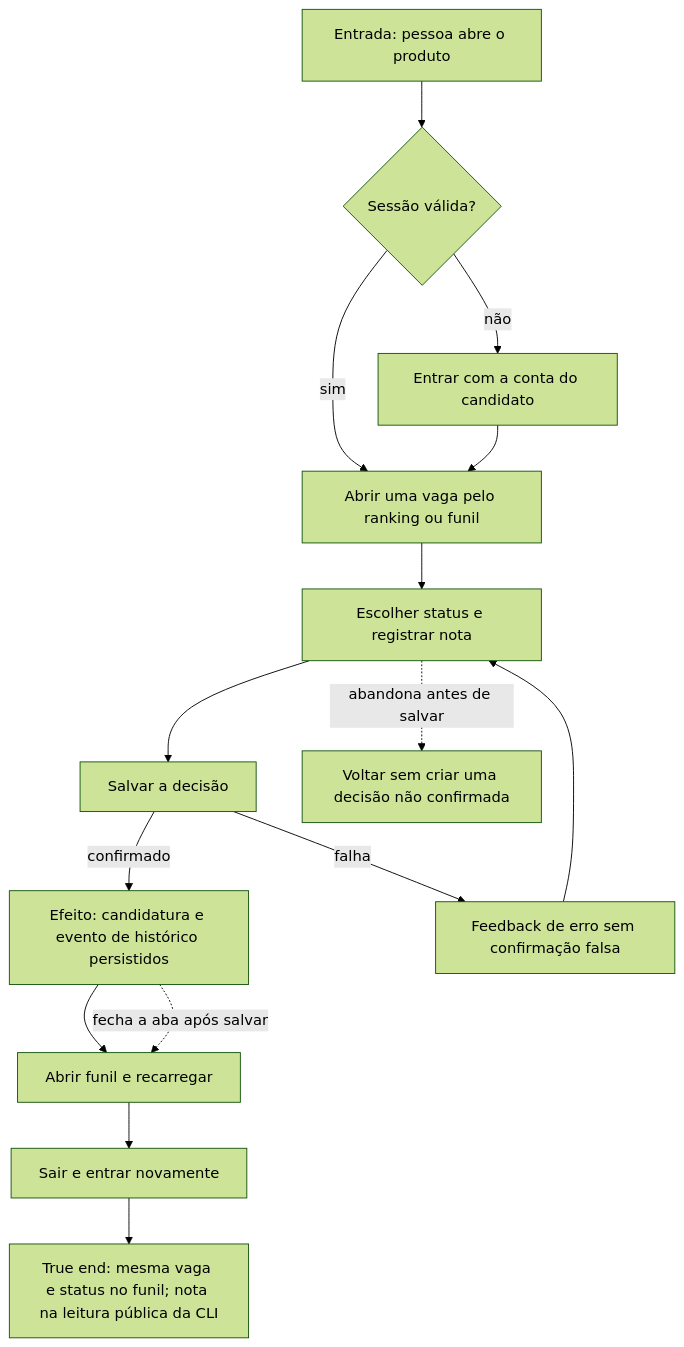
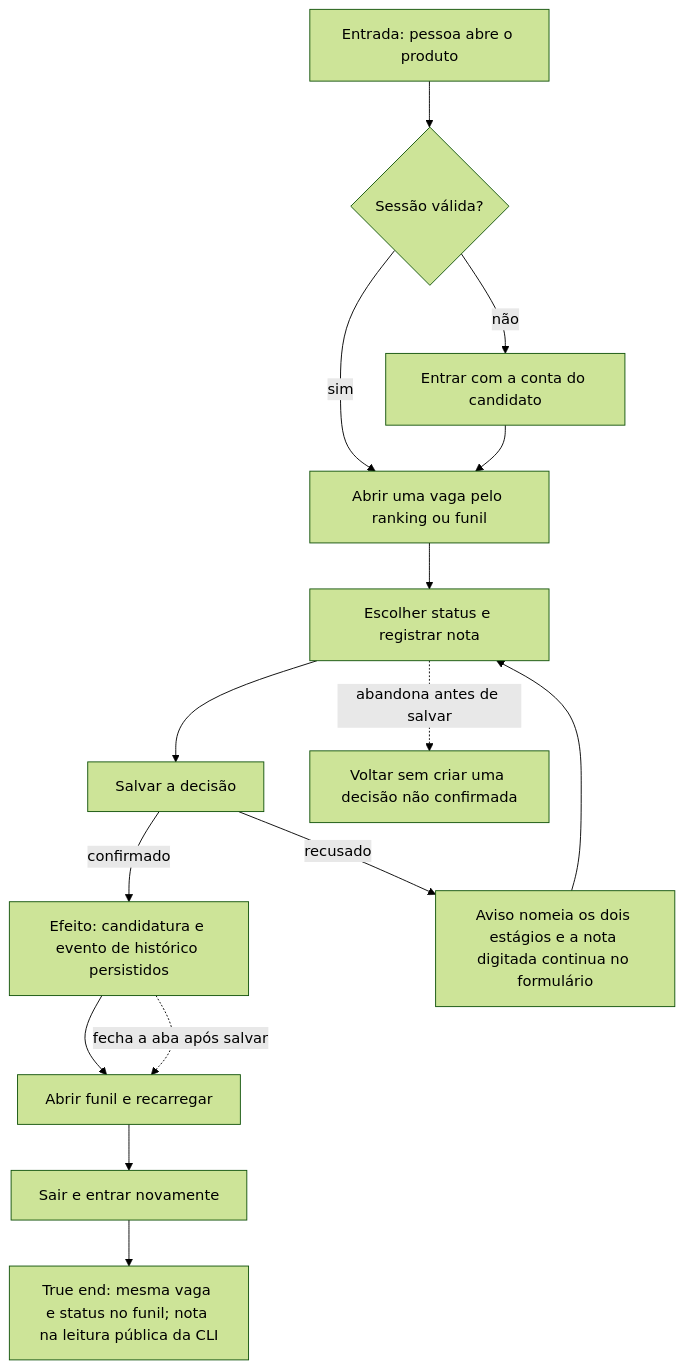
One commit to andreustimm/master-jobs changed the diagram in docs/qa/journeys/J-preserve-application-decision.md. Above: the diagram before and after it, drawn with Mermaid (forest theme). The commit also changed other lines of this file and 7 other files, not shown here.

````diff
--- a/docs/qa/journeys/J-preserve-application-decision.md
+++ b/docs/qa/journeys/J-preserve-application-decision.md
@@ -3,17 +3,17 @@
 ```mermaid
 flowchart TD
     A[Entrada: pessoa abre o produto] --> B{Sessão válida?}
     B -->|não| C[Entrar com a conta do candidato]
     B -->|sim| D[Abrir uma vaga pelo ranking ou funil]
     C --> D
     D --> E[Escolher status e registrar nota]
     E --> F[Salvar a decisão]
     F -->|confirmado| G[Efeito: candidatura e evento de histórico persistidos]
-    F -->|falha| H[Feedback de erro sem confirmação falsa]
+    F -->|recusado| H[Aviso nomeia os dois estágios e a nota digitada continua no formulário]
     H --> E
     G --> I[Abrir funil e recarregar]
     I --> J[Sair e entrar novamente]
     J --> K[True end: mesma vaga e status no funil; nota na leitura pública da CLI]
     E -.->|abandona antes de salvar| X[Voltar sem criar uma decisão não confirmada]
     G -.->|fecha a aba após salvar| I
 ```
````
